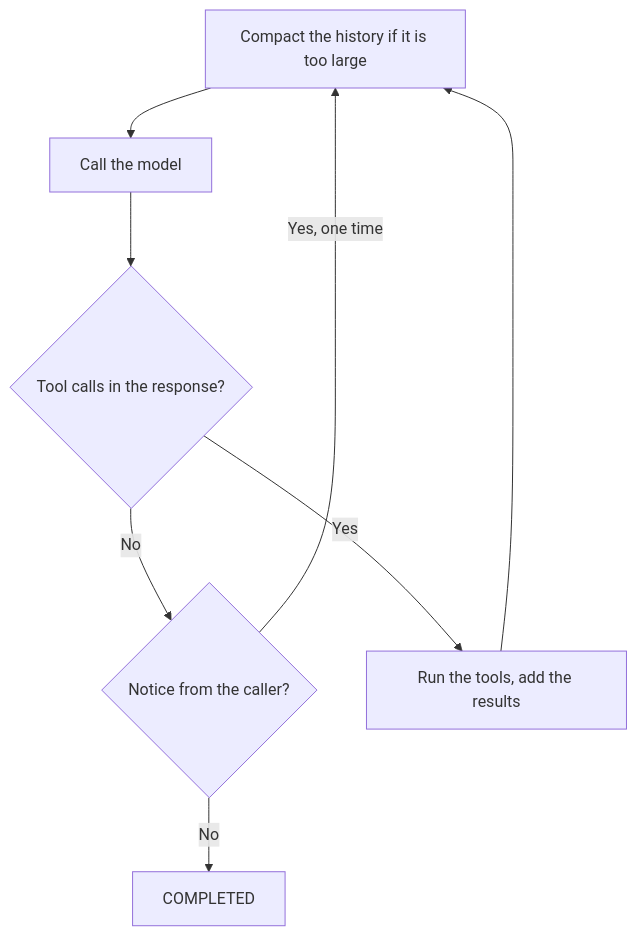
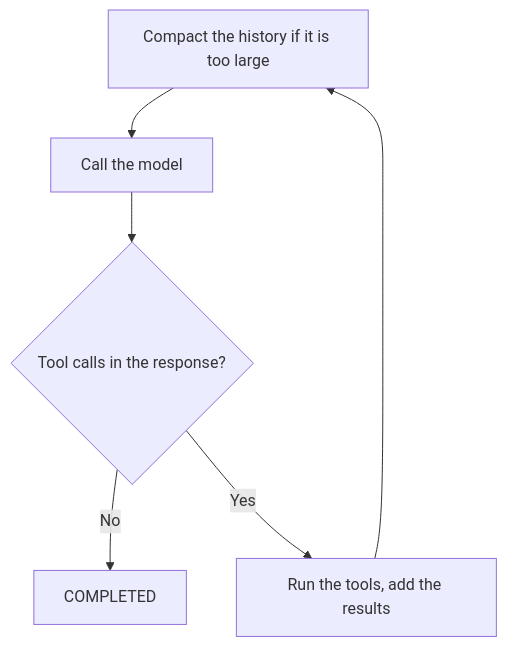
The first of 4 diagrams in src/AI/assistant/docs/modules/core-loop.md (Altinn/altinn-studio), drawn with Mermaid before and after one commit. The commit also changed other lines of this file and 14 other files, not shown here.

````diff
--- a/src/AI/assistant/docs/modules/core-loop.md
+++ b/src/AI/assistant/docs/modules/core-loop.md
@@ -11,10 +9,8 @@
 ```mermaid
 flowchart TD
   A["Compact the history if it is too large"] --> B["Call the model"]
   B --> C{"Tool calls in the response?"}
-  C -- No --> N{"Notice from the caller?"}
-  N -- "Yes, one time" --> A
-  N -- No --> D["COMPLETED"]
+  C -- No --> D["COMPLETED"]
   C -- Yes --> E["Run the tools, add the results"]
   E --> A
 ```
````
